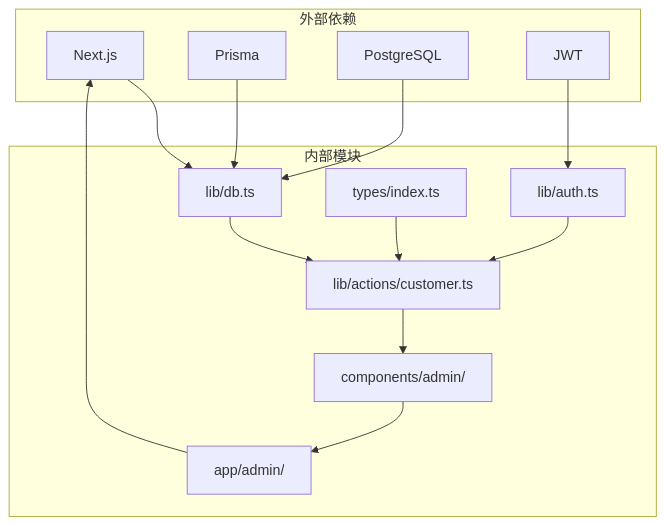
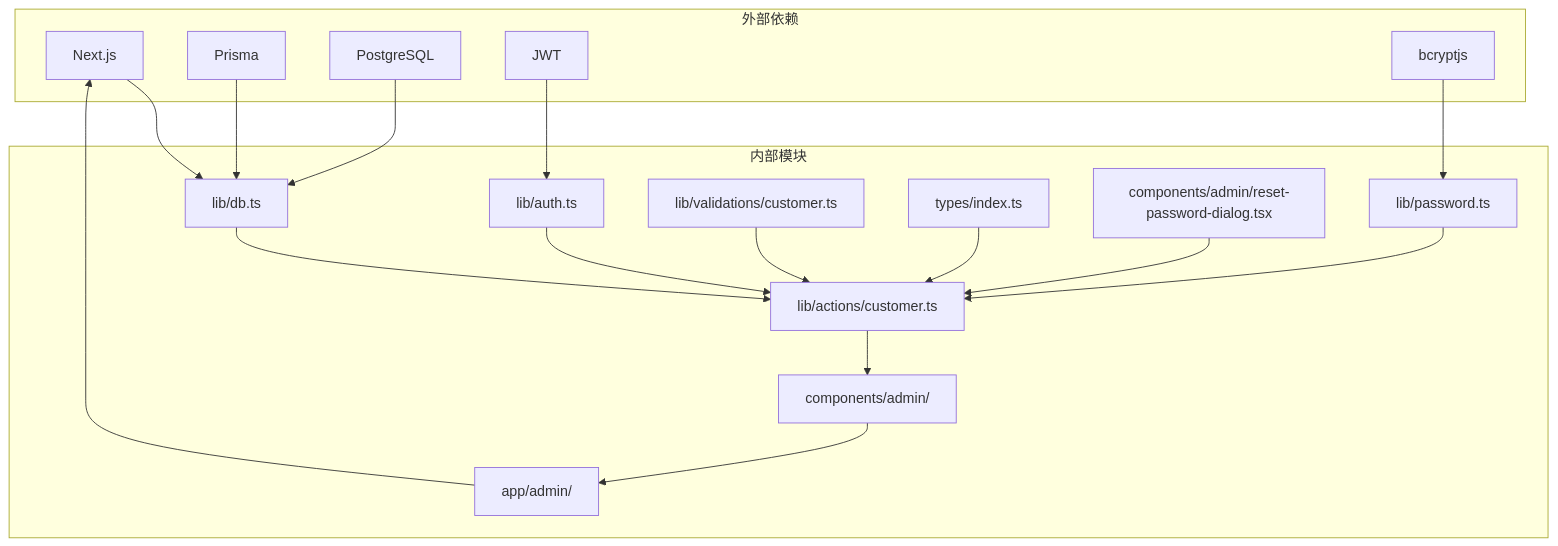
One commit to three3638-arch/celestia_2b changed the tenth of 11 diagrams in .qoder/repowiki/zh/content/管理后台系统/客户管理系统.md. Above: the diagram before and after it, drawn with Mermaid. The commit also changed other lines of this file and 8 other files, not shown here.

````diff
--- a/.qoder/repowiki/zh/content/管理后台系统/客户管理系统.md
+++ b/.qoder/repowiki/zh/content/管理后台系统/客户管理系统.md
@@ -389,27 +483,35 @@
 ```mermaid
 graph TB
 subgraph "外部依赖"
 A[Next.js]
 B[Prisma]
 C[PostgreSQL]
 D[JWT]
+E[bcryptjs]
 end
 subgraph "内部模块"
-E[lib/db.ts]
-F[lib/auth.ts]
-G[lib/actions/customer.ts]
-H[types/index.ts]
-I[components/admin/]
-J[app/admin/]
+F[lib/db.ts]
+G[lib/auth.ts]
+H[lib/actions/customer.ts]
+I[lib/password.ts]
+J[lib/validations/customer.ts]
+K[types/index.ts]
+L[components/admin/reset-password-dialog.tsx]
+M[components/admin/]
+N[app/admin/]
 end
-A --> E
-B --> E
-C --> E
-D --> F
-E --> G
-F --> G
-H --> G
-I --> J
-G --> I
-J --> A
+A --> F
+B --> F
+C --> F
+D --> G
+E --> I
+F --> H
+G --> H
+I --> H
+J --> H
+K --> H
+L --> H
+M --> N
+H --> M
+N --> A
 ```
````
